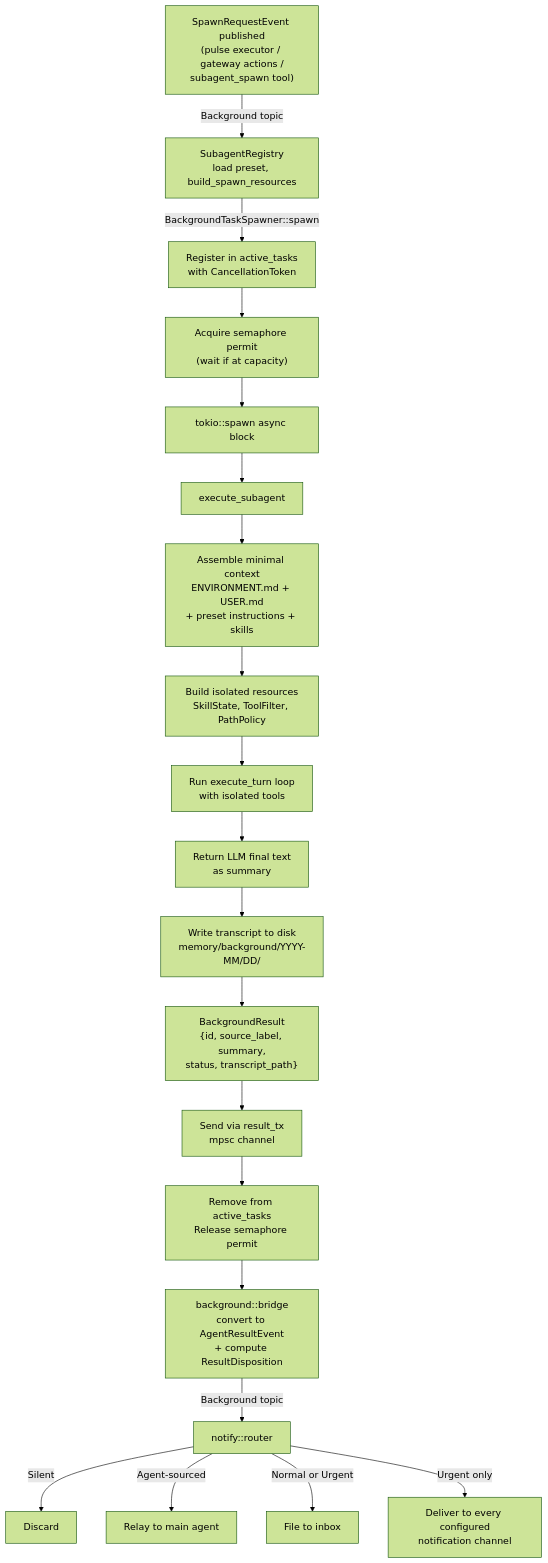
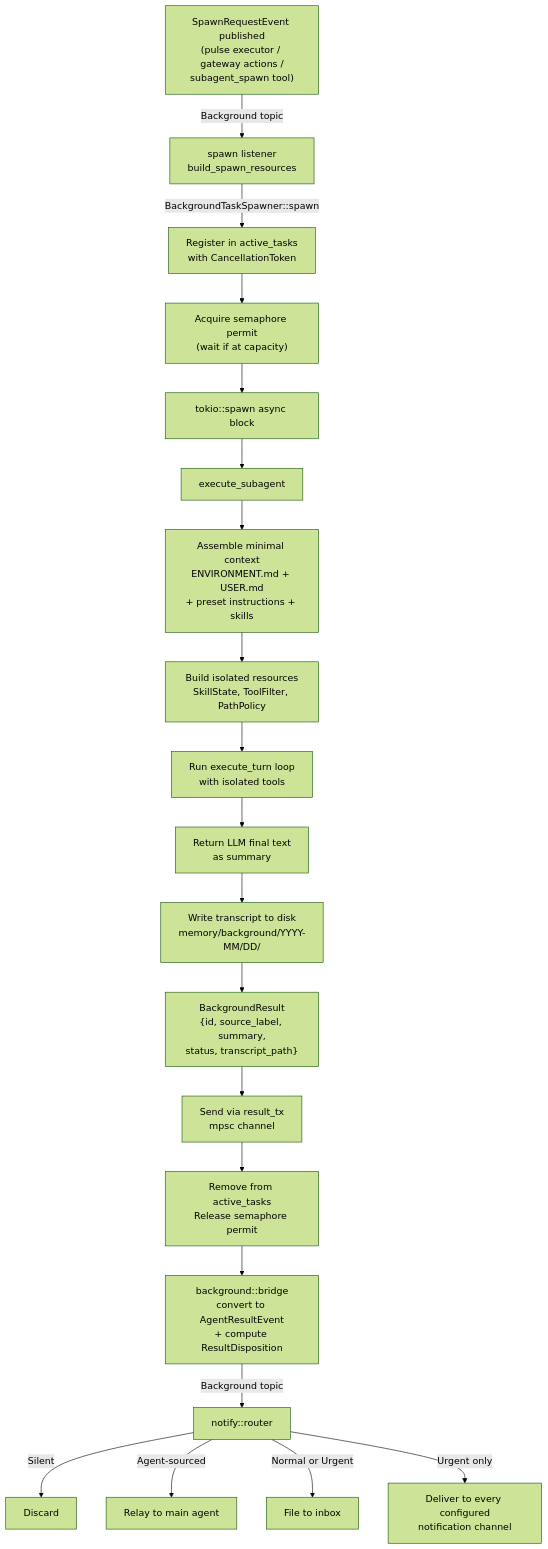
Before and after one commit to Grizzly-Endeavors/residuum: the diagram in src/background/README.md, drawn with Mermaid (forest theme). The commit also changed other lines of this file and 28 other files, not shown here.

First line of the commit message:
docs: retire subagent preset language across docs and prompts

````diff
--- a/src/background/README.md
+++ b/src/background/README.md
@@ -249,28 +247,28 @@
 ```mermaid
 graph TD
     Q["SpawnRequestEvent published<br/>(pulse executor / gateway actions /<br/>subagent_spawn tool)"]
-    Q -->|Background topic| R["SubagentRegistry<br/>load preset, build_spawn_resources"]
+    Q -->|Background topic| R["spawn listener<br/>build_spawn_resources"]
     R -->|BackgroundTaskSpawner::spawn| B["Register in active_tasks<br/>with CancellationToken"]
     B --> C["Acquire semaphore permit<br/>(wait if at capacity)"]
     C --> D["tokio::spawn async block"]
 
     D --> F["execute_subagent"]
 
     F --> F1["Assemble minimal context<br/>ENVIRONMENT.md + USER.md<br/>+ preset instructions + skills"]
     F1 --> F2["Build isolated resources<br/>SkillState, ToolFilter, PathPolicy"]
     F2 --> F3["Run execute_turn loop<br/>with isolated tools"]
     F3 --> F5["Return LLM final text<br/>as summary"]
 
     F5 --> H["Write transcript to disk<br/>memory/background/YYYY-MM/DD/"]
 
     H --> I["BackgroundResult<br/>{id, source_label, summary,<br/>status, transcript_path}"]
     I --> J["Send via result_tx<br/>mpsc channel"]
     J --> K["Remove from active_tasks<br/>Release semaphore permit"]
 
     K --> M["background::bridge<br/>convert to AgentResultEvent<br/>+ compute ResultDisposition"]
     M -->|Background topic| N["notify::router"]
     N -->|Silent| O["Discard"]
     N -->|Agent-sourced| P["Relay to main agent"]
     N -->|Normal or Urgent| L["File to inbox"]
     N -->|Urgent only| S["Deliver to every configured<br/>notification channel"]
 ```
````
